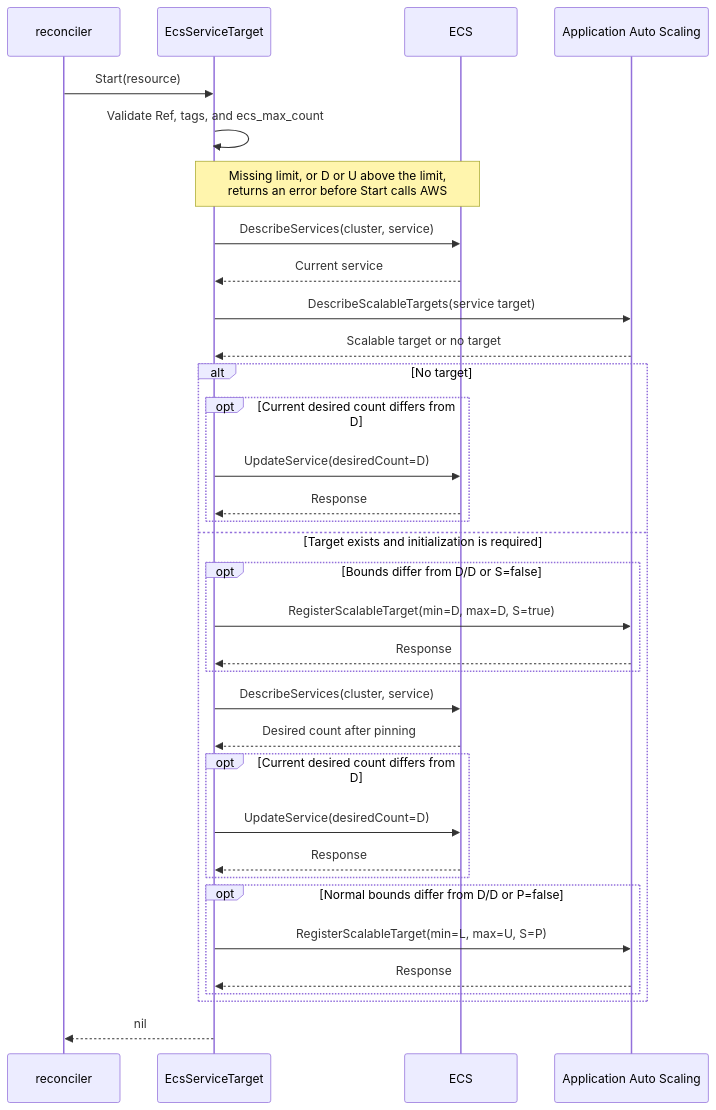
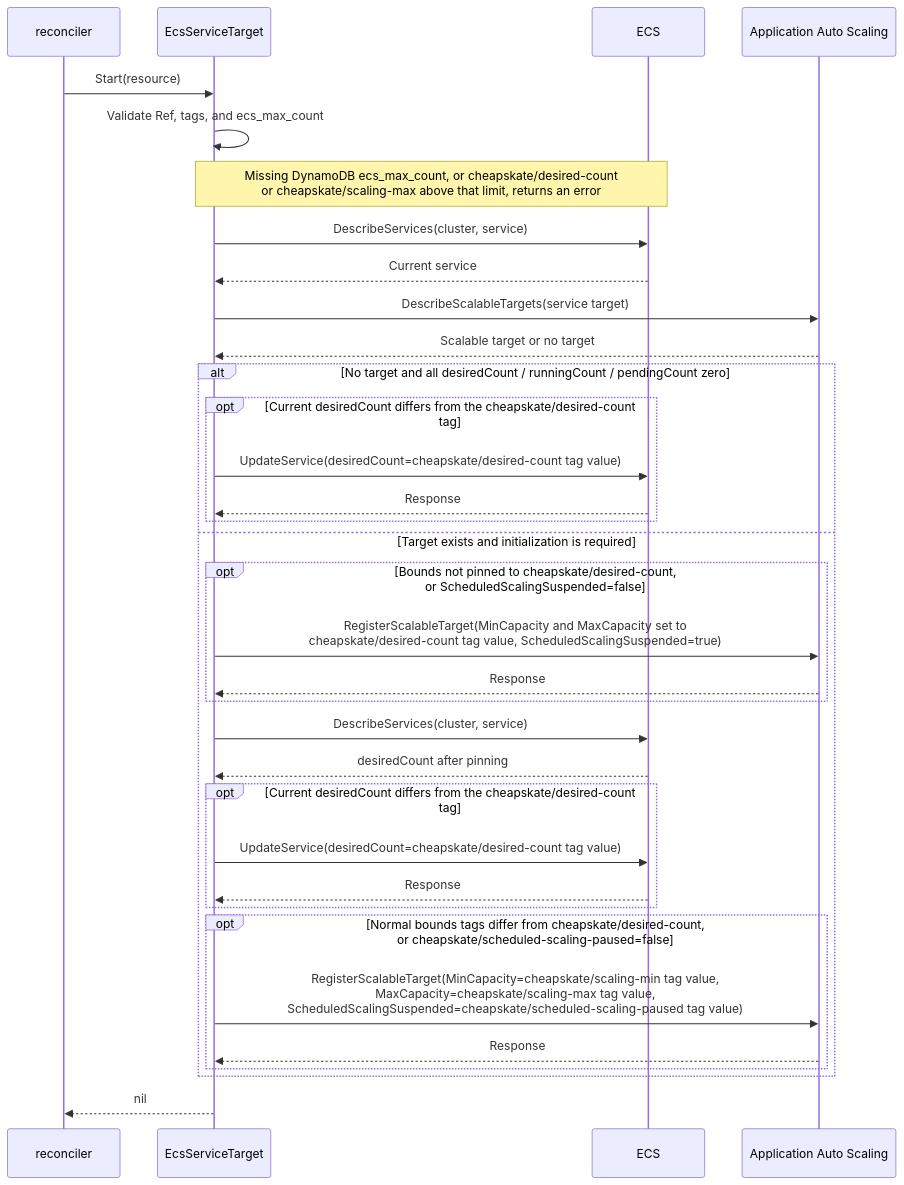
Before and after one commit to moepig/cheapskate: the seventh of 9 diagrams in docs/en/development/resource_sequence.md, drawn with Mermaid. The commit also changed other lines of this file and 63 other files, not shown here.

````diff
--- a/docs/en/development/resource_sequence.md
+++ b/docs/en/development/resource_sequence.md
@@ -263,36 +256,36 @@
 ```mermaid
 sequenceDiagram
-    participant R as reconciler
-    participant A as EcsServiceTarget
-    participant E as ECS
-    participant S as Application Auto Scaling
-    R->>A: Start(resource)
-    A->>A: Validate Ref, tags, and ecs_max_count
-    Note over A,E: Missing limit, or D or U above the limit,<br/>returns an error before Start calls AWS
-    A->>E: DescribeServices(cluster, service)
-    E-->>A: Current service
-    A->>S: DescribeScalableTargets(service target)
-    S-->>A: Scalable target or no target
-    alt No target
-        opt Current desired count differs from D
-            A->>E: UpdateService(desiredCount=D)
-            E-->>A: Response
+    participant Reconciler as reconciler
+    participant Adapter as EcsServiceTarget
+    participant EcsAPI as ECS
+    participant AutoScaling as Application Auto Scaling
+    Reconciler->>Adapter: Start(resource)
+    Adapter->>Adapter: Validate Ref, tags, and ecs_max_count
+    Note over Adapter,EcsAPI: Missing DynamoDB ecs_max_count, or cheapskate/desired-count<br/>or cheapskate/scaling-max above that limit, returns an error
+    Adapter->>EcsAPI: DescribeServices(cluster, service)
+    EcsAPI-->>Adapter: Current service
+    Adapter->>AutoScaling: DescribeScalableTargets(service target)
+    AutoScaling-->>Adapter: Scalable target or no target
+    alt No target and all desiredCount / runningCount / pendingCount zero
+        opt Current desiredCount differs from the cheapskate/desired-count tag
+            Adapter->>EcsAPI: UpdateService(desiredCount=cheapskate/desired-count tag value)
+            EcsAPI-->>Adapter: Response
         end
     else Target exists and initialization is required
-        opt Bounds differ from D/D or S=false
-            A->>S: RegisterScalableTarget(min=D, max=D, S=true)
-            S-->>A: Response
+        opt Bounds not pinned to cheapskate/desired-count,<br/>or ScheduledScalingSuspended=false
+            Adapter->>AutoScaling: RegisterScalableTarget(MinCapacity and MaxCapacity set to<br/>cheapskate/desired-count tag value, ScheduledScalingSuspended=true)
+            AutoScaling-->>Adapter: Response
         end
-        A->>E: DescribeServices(cluster, service)
-        E-->>A: Desired count after pinning
-        opt Current desired count differs from D
-            A->>E: UpdateService(desiredCount=D)
-            E-->>A: Response
+        Adapter->>EcsAPI: DescribeServices(cluster, service)
+        EcsAPI-->>Adapter: desiredCount after pinning
+        opt Current desiredCount differs from the cheapskate/desired-count tag
+            Adapter->>EcsAPI: UpdateService(desiredCount=cheapskate/desired-count tag value)
+            EcsAPI-->>Adapter: Response
         end
-        opt Normal bounds differ from D/D or P=false
-            A->>S: RegisterScalableTarget(min=L, max=U, S=P)
-            S-->>A: Response
+        opt Normal bounds tags differ from cheapskate/desired-count,<br/>or cheapskate/scheduled-scaling-paused=false
+            Adapter->>AutoScaling: RegisterScalableTarget(MinCapacity=cheapskate/scaling-min tag value,<br/>MaxCapacity=cheapskate/scaling-max tag value,<br/>ScheduledScalingSuspended=cheapskate/scheduled-scaling-paused tag value)
+            AutoScaling-->>Adapter: Response
         end
     end
-    A-->>R: nil
+    Adapter-->>Reconciler: nil
 ```
````
